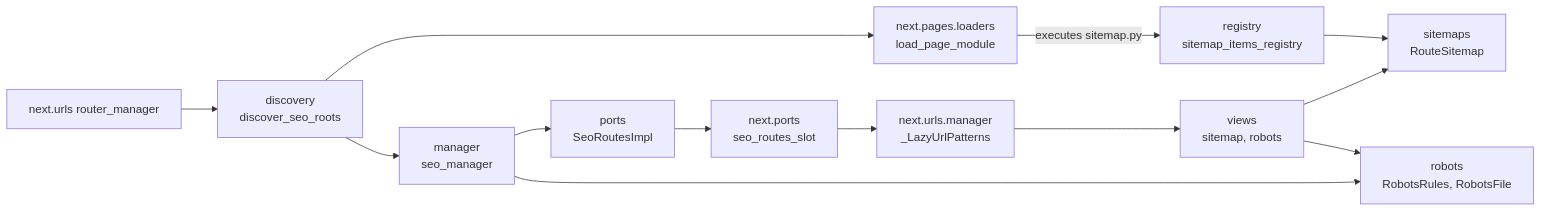
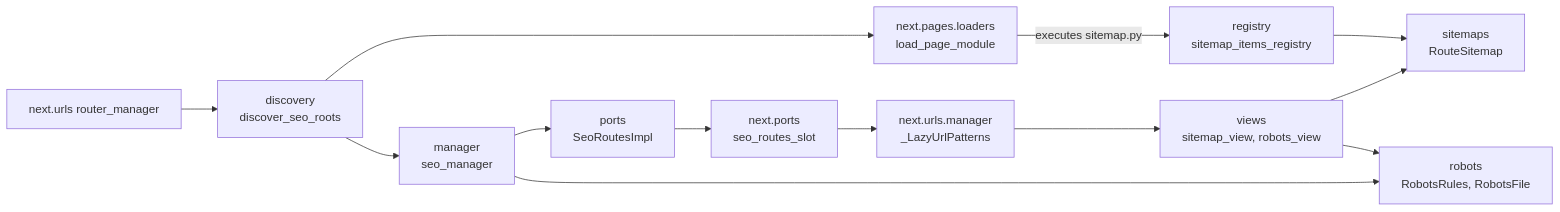
One commit to next-dj/next-dj changed the diagram in docs/content/internals/seo-pipeline.rst. Above: the diagram before and after it, drawn with Mermaid. The commit also changed other lines of this file and 263 other files, not shown here.

Commit message:
fix(seo): harden page metadata, sitemap and robots, and clean up the SEO core

```diff
--- a/docs/content/internals/seo-pipeline.rst
+++ b/docs/content/internals/seo-pipeline.rst
@@ -15,15 +15,15 @@
 .. mermaid::
 
    flowchart LR
        Router["next.urls router_manager"] --> Discovery["discovery<br/>discover_seo_roots"]
        Discovery --> Loader["next.pages.loaders<br/>load_page_module"]
        Loader -- "executes sitemap.py" --> Registry["registry<br/>sitemap_items_registry"]
        Discovery --> Manager["manager<br/>seo_manager"]
        Manager --> Ports["ports<br/>SeoRoutesImpl"]
        Ports --> Slot["next.ports<br/>seo_routes_slot"]
        Slot --> Lazy["next.urls.manager<br/>_LazyUrlPatterns"]
-       Lazy --> Views["views<br/>sitemap, robots"]
+       Lazy --> Views["views<br/>sitemap_view, robots_view"]
        Views --> Sitemaps["sitemaps<br/>RouteSitemap"]
        Registry --> Sitemaps
        Views --> Robots["robots<br/>RobotsRules, RobotsFile"]
        Manager --> Robots
```
